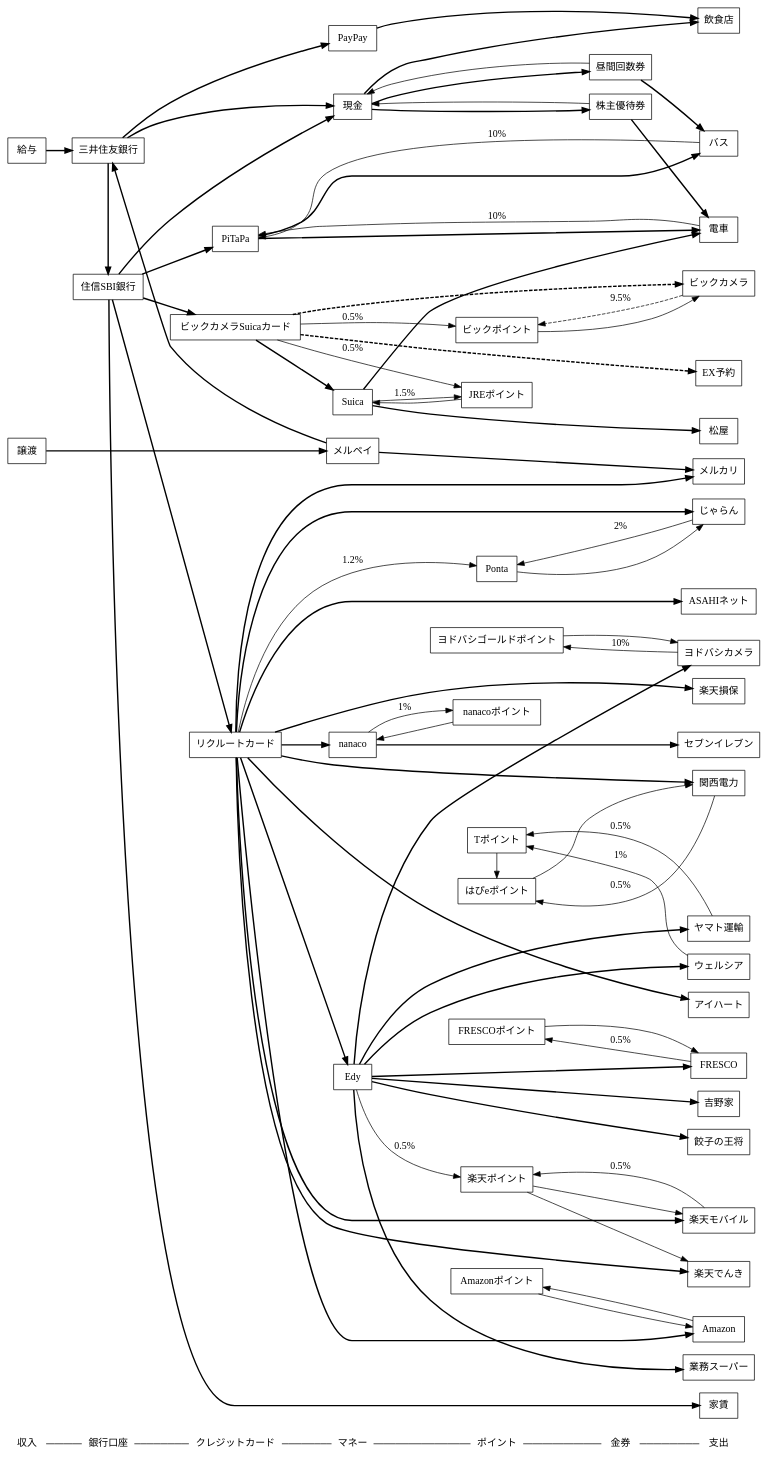
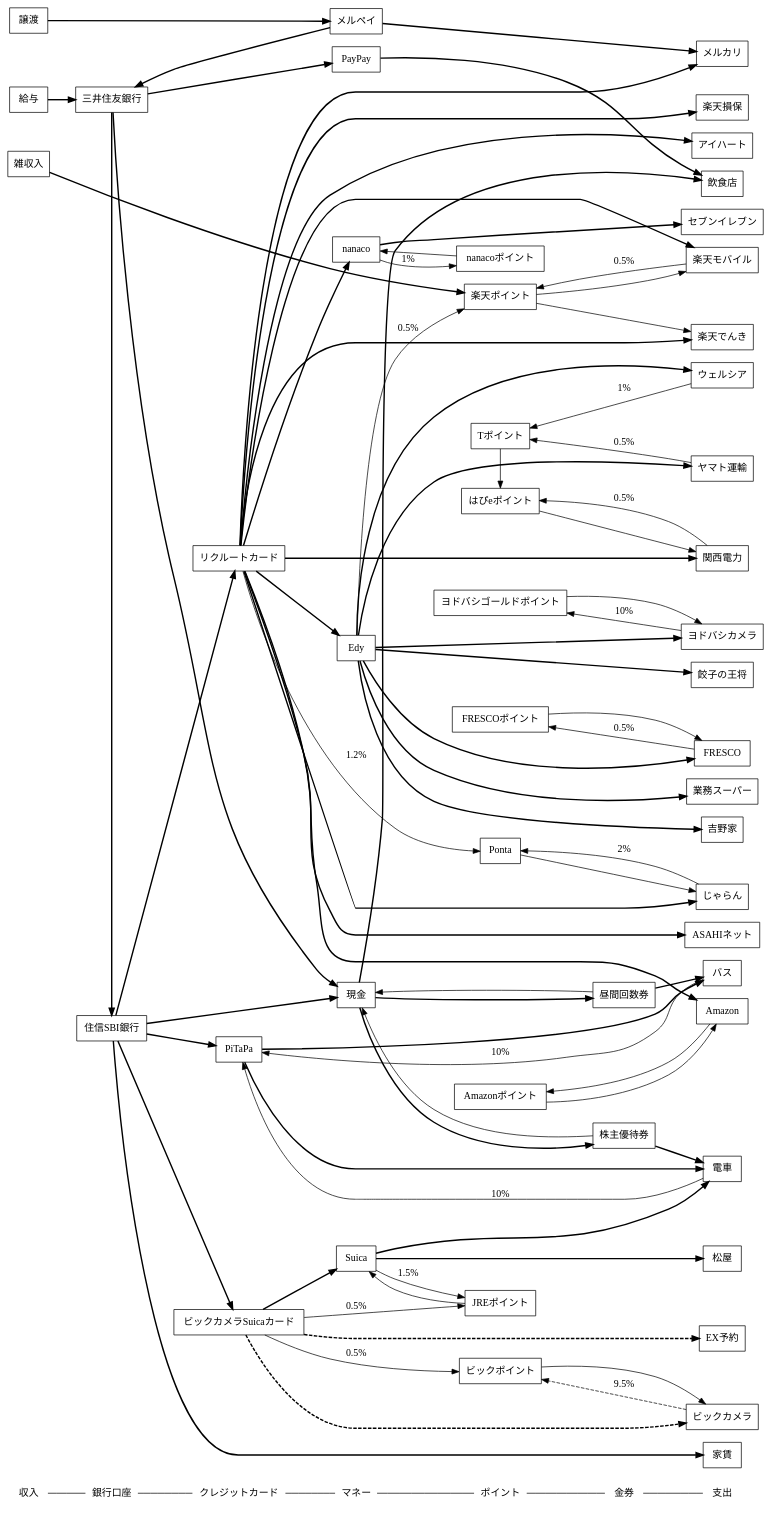
One commit to saireya/moneyflow changed the diagram in moneyflow.dot. Above: the diagram before and after it, drawn with Graphviz. The commit also changed 1 other file, not shown here.

```diff
--- a/moneyflow.dot
+++ b/moneyflow.dot
@@ -1,176 +1,180 @@
 // dot -Tsvg moneyflow.dot -o moneyflow.svg
 // edge: bold: 支出, solid: 還元(label:還元率), dashed: Obsolete
 digraph "MoneyFlow"
 {
 	graph [ rankdir = LR ];
 	node [ shape = box ];
 
 	"収入", "銀行口座", "クレジットカード", "マネー", "ポイント", "金券", "支出" [shape = none];
 	"収入" -> "銀行口座" -> "クレジットカード" -> "マネー" -> "ポイント" -> "金券" -> "支出" [arrowhead = none];
 	{
 		rank = same; "収入";
 		給与;
 		譲渡;
+		雑収入;
 	}
 
 	{
 		rank = same; "銀行口座";
 		三井住友銀行;
 		住信SBI銀行;
 	}
 
 	{
 		rank = same; "クレジットカード";
 		ビックカメラSuicaカード;
 		リクルートカード;
 		PiTaPa;
 	}
 
 	{
 		rank = same; "マネー";
 		Suica;
 		現金;
 		nanaco;
 		Edy;
 		PayPay;
 		メルペイ;
 	}
 
 	{
 		rank = same; "ポイント";
 		// 共通ポイント
 		Ponta;
 		Tポイント;
 		楽天ポイント;
 		// クレジットカード関係
 		JREポイント;
 		// 独自ポイント
 		ビックポイント;
 		Amazonポイント;
 		nanacoポイント;
 		FRESCOポイント;
 		ヨドバシゴールドポイント;
 		はぴeポイント;
 	}
 
 	{
 		rank = same; "金券";
 		株主優待券;
 		昼間回数券;
 	}
 
 	{
 		rank = same; "支出";
 		家賃;
 		// コンビニ
 		セブンイレブン;
 		// 交通
 		電車;
 		バス;
 		// インフラ
 		ASAHIネット;
 		楽天モバイル;
 		楽天でんき;
 		関西電力;
 		ヤマト運輸;
 		楽天損保;
 		// 店舗
 		アイハート;
 		ウェルシア;
 		ビックカメラ;
 		ヨドバシカメラ;
 		餃子の王将;
 		飲食店;
 		FRESCO;
 		業務スーパー;
 		松屋;
 		吉野家;
 		// ネット
 		Amazon;
 		EX予約;
 		じゃらん;
 		メルカリ;
 	}
 
 	// SMBC
 	給与 -> 三井住友銀行 [style="bold", weight=100];
 	三井住友銀行 -> 現金, 住信SBI銀行 [style="bold", weight=100];
 	三井住友銀行 -> PayPay [style="bold", weight=100];
 	PayPay -> 飲食店 [style="bold", weight=100];
 
 	// ビックカメラSuicaカード
 	ビックカメラSuicaカード -> JREポイント [label="0.5%"];
 	ビックカメラSuicaカード -> ビックカメラ [style="bold,dashed", weight=100];
 	ビックカメラ -> ビックポイント [style="dashed", label="9.5%"];
 	ビックカメラSuicaカード -> ビックポイント [label="0.5%"]
 	ビックポイント -> ビックカメラ;
 	ビックカメラSuicaカード -> Suica -> 電車 [style="bold", weight=100];
 	Suica -> 松屋 [style="bold", weight=100];
 	ビックカメラSuicaカード -> EX予約 [style="bold,dashed", weight=100];
 	Suica -> JREポイント [label="1.5%"];
 	JREポイント -> Suica;
 
 	// 住信SBI
 	住信SBI銀行 -> 現金 [style="bold", weight=100];
 	住信SBI銀行 -> 家賃 [style="bold", weight=100];
 	住信SBI銀行 -> ビックカメラSuicaカード, リクルートカード, PiTaPa [style="bold", weight=100];
 
 	// リクルートカード
 	リクルートカード -> ASAHIネット [style="bold", weight=100];
 	リクルートカード -> Amazon [style="bold", weight=100];
 	リクルートカード -> じゃらん [style="bold", weight=100];
 	リクルートカード -> アイハート [style="bold", weight=100];
 	リクルートカード -> 関西電力 [style="bold", weight=100];
 	関西電力 -> はぴeポイント [label="0.5%"];
 	はぴeポイント -> 関西電力;
 	リクルートカード -> 楽天でんき [style="bold", weight=100];
 	リクルートカード -> 楽天損保 [style="bold", weight=100];
 	リクルートカード -> 楽天モバイル [style="bold", weight=100];
 	楽天モバイル -> 楽天ポイント [label="0.5%"];
 	楽天ポイント -> 楽天モバイル, 楽天でんき;
 	リクルートカード -> Edy [style="bold", weight=100];
 	Edy -> ヤマト運輸 [style="bold", weight=100];
 	ヤマト運輸 -> Tポイント [label="0.5%"];
 	Edy -> ヨドバシカメラ [style="bold", weight=100];
 	ヨドバシカメラ -> ヨドバシゴールドポイント [label="10%"];
 	ヨドバシゴールドポイント -> ヨドバシカメラ;
 	Edy -> ウェルシア [style="bold", weight=100];
 	ウェルシア -> Tポイント [label="1%"];
 	Tポイント -> はぴeポイント;
 	Edy -> 吉野家 [style="bold", weight=100];
 	Edy -> 楽天ポイント [label="0.5%"];
 	リクルートカード -> Ponta [label="1.2%"];
 	Ponta -> じゃらん;
 	じゃらん -> Ponta [label="2%"];
 	Amazon -> Amazonポイント -> Amazon;
 	リクルートカード -> nanaco [style="bold", weight=100];
 	nanaco -> セブンイレブン [style="bold", weight=100];
 	nanaco -> nanacoポイント [label="1%"];
 	nanacoポイント -> nanaco;
 	Edy -> 業務スーパー [style="bold", weight=100];
 	Edy -> FRESCO [style="bold", weight=100];
 	FRESCO -> FRESCOポイント [label="0.5%"];
 	FRESCOポイント -> FRESCO;
 	Edy -> 餃子の王将 [style="bold", weight=100];
 
 	// PiTaPa
 	PiTaPa -> 電車 [style="bold", weight=100];
 	電車 -> PiTaPa [label="10%"];
 	PiTaPa -> バス [style="bold", weight=100];
 	バス -> PiTaPa [label="10%"];
 
 	// 現金
 	現金 -> 飲食店 [style="bold", weight=100];
 	現金 -> 株主優待券 [style="bold", weight=100];
 	株主優待券 -> 電車 [style="bold", weight=100];
 	株主優待券 -> 現金;
 	現金 -> 昼間回数券 [style="bold", weight=100];
 	昼間回数券 -> 現金;
 	昼間回数券 -> バス [style="bold", weight=100];
 
 	// 譲渡
 	譲渡 -> メルペイ [style="bold", weight=100];
 	メルペイ -> メルカリ [style="bold", weight=100];
 	メルペイ -> 三井住友銀行 [style="bold", weight=100];
 	リクルートカード -> メルカリ [style="bold", weight=100];
+
+	// 雑収入
+	雑収入 -> 楽天ポイント [style="bold", weight=100];
 }
```
